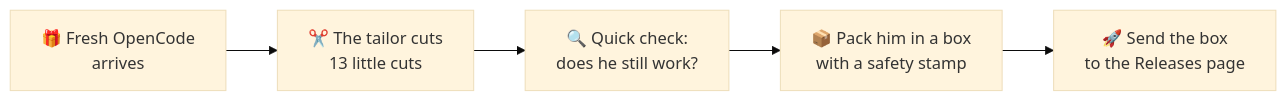
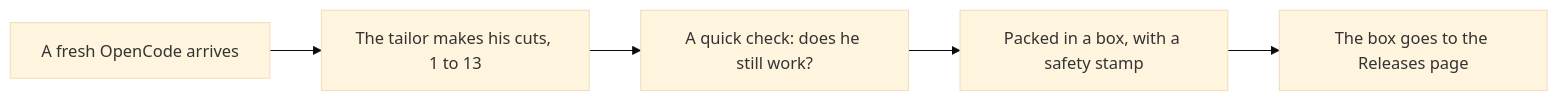
The diagram in README.md (azrialwork/opencode-patch), drawn with Mermaid (base theme) before and after one commit. The commit also changed other lines of this file and 3 other files, not shown here.

````diff
--- a/README.md
+++ b/README.md
@@ -70,7 +57,7 @@
 ```mermaid
 flowchart LR
-    A[🎁 Fresh OpenCode<br/>arrives] --> B[✂️ The tailor cuts<br/>13 little cuts]
-    B --> C[🔍 Quick check:<br/>does he still work?]
-    C --> D[📦 Pack him in a box<br/>with a safety stamp]
-    D --> E[🚀 Send the box<br/>to the Releases page]
+    A[A fresh OpenCode arrives] --> B[The tailor makes his cuts, 1 to 13]
+    B --> C[A quick check: does he still work?]
+    C --> D[Packed in a box, with a safety stamp]
+    D --> E[The box goes to the Releases page]
 ```
````
